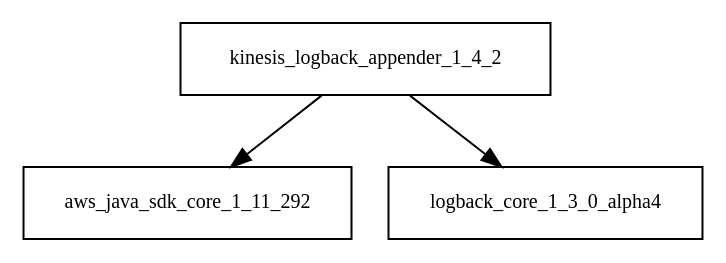
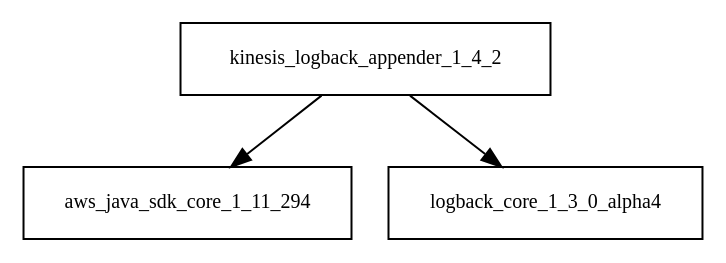
The diagram in tattleTaleReport/graphviz/kinesis-logback-appender-1.4.2.jar/kinesis-logback-appender-1.4.2.jar.dot (sjvs/cia), drawn with Graphviz before and after one commit. The commit also changed 1517 other files, not shown here.

```diff
--- a/tattleTaleReport/graphviz/kinesis-logback-appender-1.4.2.jar/kinesis-logback-appender-1.4.2.jar.dot
+++ b/tattleTaleReport/graphviz/kinesis-logback-appender-1.4.2.jar/kinesis-logback-appender-1.4.2.jar.dot
@@ -1,5 +1,5 @@
 digraph kinesis_logback_appender_1_4_2_dependencies {
   node [shape = box, fontsize=10.0];
-  kinesis_logback_appender_1_4_2 -> aws_java_sdk_core_1_11_292;
+  kinesis_logback_appender_1_4_2 -> aws_java_sdk_core_1_11_294;
   kinesis_logback_appender_1_4_2 -> logback_core_1_3_0_alpha4;
 }
```
